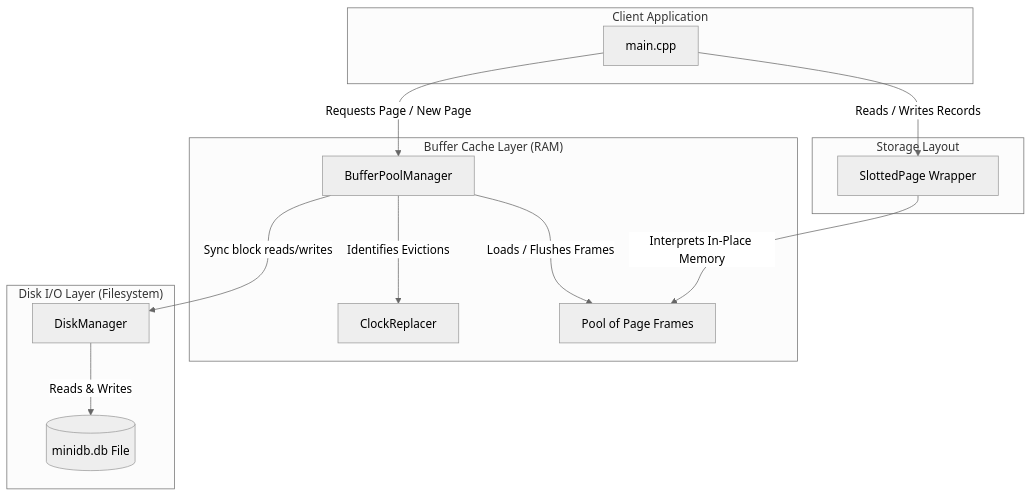
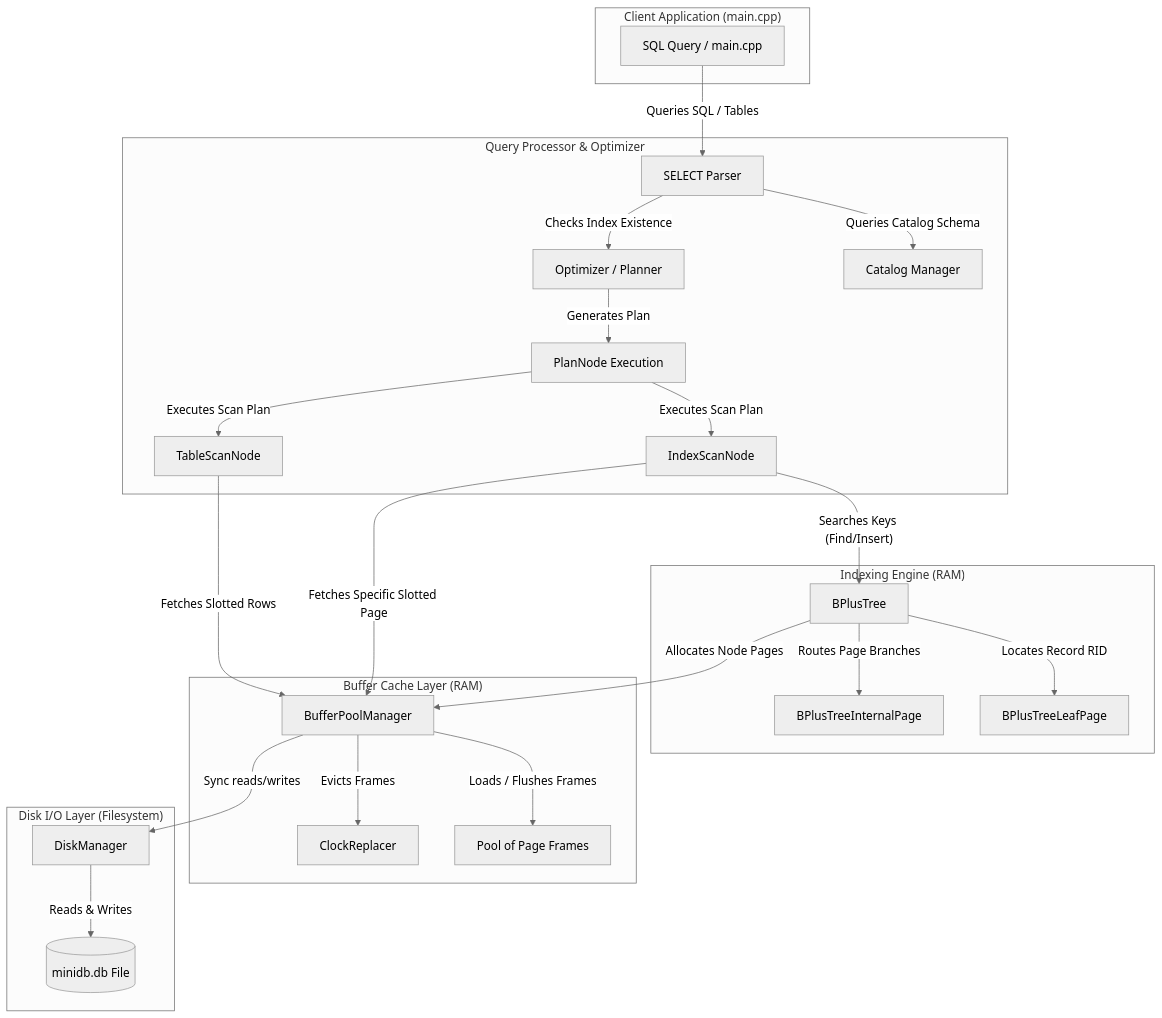
One commit to KnightKnight27/scaler-Adv-DBMS changed the diagram in MiniDB_Projects/Team_NoClarity/docs/milestones_tracker.md. Above: the diagram before and after it, drawn with Mermaid (neutral theme). The commit also changed other lines of this file and 7 other files, not shown here.

Commit message:
Complete Capstone Project Milestone 2: B+ Tree Indexing Engine and Optimizer Integration

````diff
--- a/MiniDB_Projects/Team_NoClarity/docs/milestones_tracker.md
+++ b/MiniDB_Projects/Team_NoClarity/docs/milestones_tracker.md
@@ -32,29 +40,52 @@
 ```mermaid
 graph TD
-    subgraph Client_App ["Client Application"]
-        App[main.cpp]
+    subgraph Client_App ["Client Application (main.cpp)"]
+        App[SQL Query / main.cpp]
+    end
+
+    subgraph Query_Processor ["Query Processor & Optimizer"]
+        Parser[SELECT Parser]
+        Opt[Optimizer / Planner]
+        Cat[Catalog Manager]
+        Plan[PlanNode Execution]
+        TS[TableScanNode]
+        IS[IndexScanNode]
+    end
+
+    subgraph Indexing_Engine ["Indexing Engine (RAM)"]
+        BPT[BPlusTree]
+        Internal[BPlusTreeInternalPage]
+        Leaf[BPlusTreeLeafPage]
     end
 
     subgraph Buffer_Cache_Layer ["Buffer Cache Layer (RAM)"]
         BPM[BufferPoolManager]
         CR[ClockReplacer]
         Frames[Pool of Page Frames]
     end
 
-    subgraph Storage_Layout ["Storage Layout"]
-        SP[SlottedPage Wrapper]
-    end
-
     subgraph Disk_IO_Layer ["Disk I/O Layer (Filesystem)"]
         DM[DiskManager]
         DBFile[("minidb.db File")]
     end
 
-    App -->|"Requests Page / New Page"| BPM
-    BPM -->|"Identifies Evictions"| CR
+    App -->|"Queries SQL / Tables"| Parser
+    Parser -->|"Queries Catalog Schema"| Cat
+    Parser -->|"Checks Index Existence"| Opt
+    Opt -->|"Generates Plan"| Plan
+    Plan -->|"Executes Scan Plan"| TS
+    Plan -->|"Executes Scan Plan"| IS
+    
+    IS -->|"Searches Keys (Find/Insert)"| BPT
+    BPT -->|"Routes Page Branches"| Internal
+    BPT -->|"Locates Record RID"| Leaf
+    
+    TS -->|"Fetches Slotted Rows"| BPM
+    IS -->|"Fetches Specific Slotted Page"| BPM
+    
+    BPT -->|"Allocates Node Pages"| BPM
+    BPM -->|"Evicts Frames"| CR
     BPM -->|"Loads / Flushes Frames"| Frames
-    App -->|"Reads / Writes Records"| SP
-    SP -->|"Interprets In-Place Memory"| Frames
-    BPM -->|"Sync block reads/writes"| DM
+    BPM -->|"Sync reads/writes"| DM
     DM -->|"Reads & Writes"| DBFile
 ```
````
